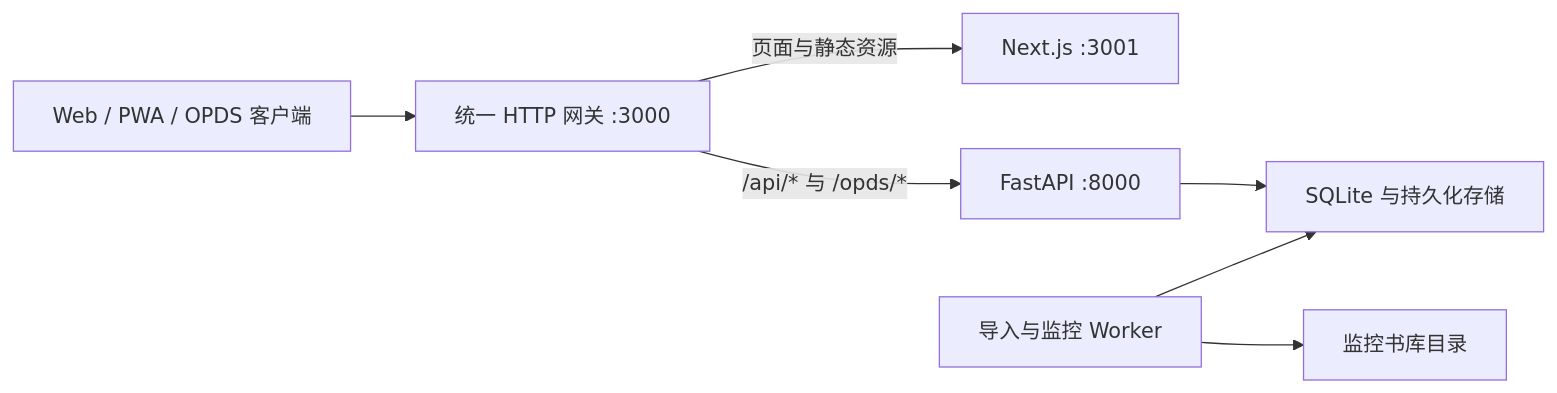
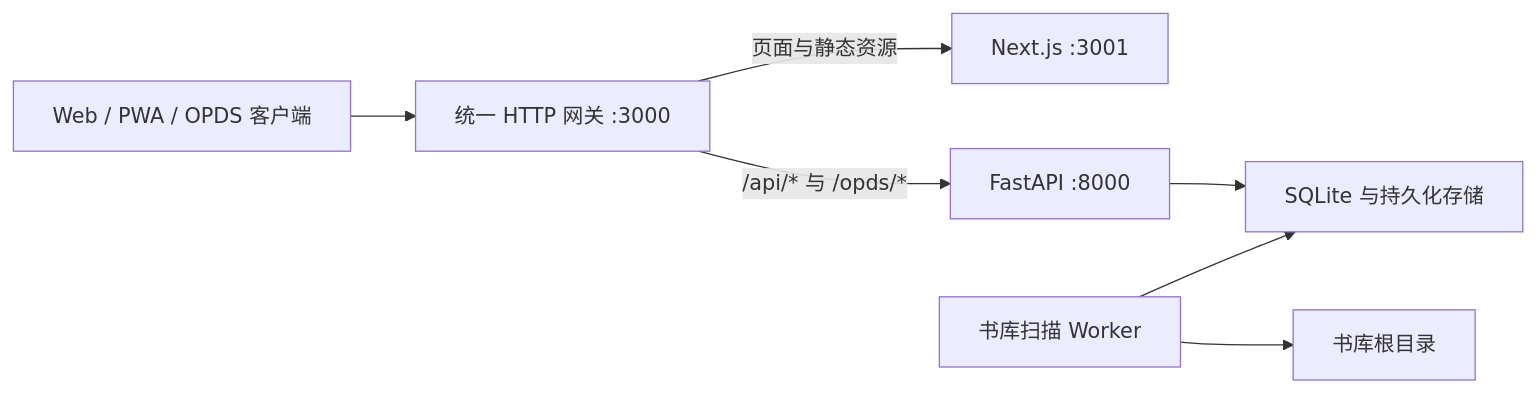
One commit to GMD170629/ermao-library changed the diagram in README.md. Above: the diagram before and after it, drawn with Mermaid. The commit also changed other lines of this file and 17 other files, not shown here.

````diff
--- a/README.md
+++ b/README.md
@@ -183,9 +184,9 @@
 ```mermaid
 flowchart LR
   C["Web / PWA / OPDS 客户端"] --> G["统一 HTTP 网关 :3000"]
   G -->|"页面与静态资源"| W["Next.js :3001"]
   G -->|"/api/* 与 /opds/*"| A["FastAPI :8000"]
   A --> D["SQLite 与持久化存储"]
-  K["导入与监控 Worker"] --> D
-  K --> L["监控书库目录"]
+  K["书库扫描 Worker"] --> D
+  K --> L["书库根目录"]
 ```
````
